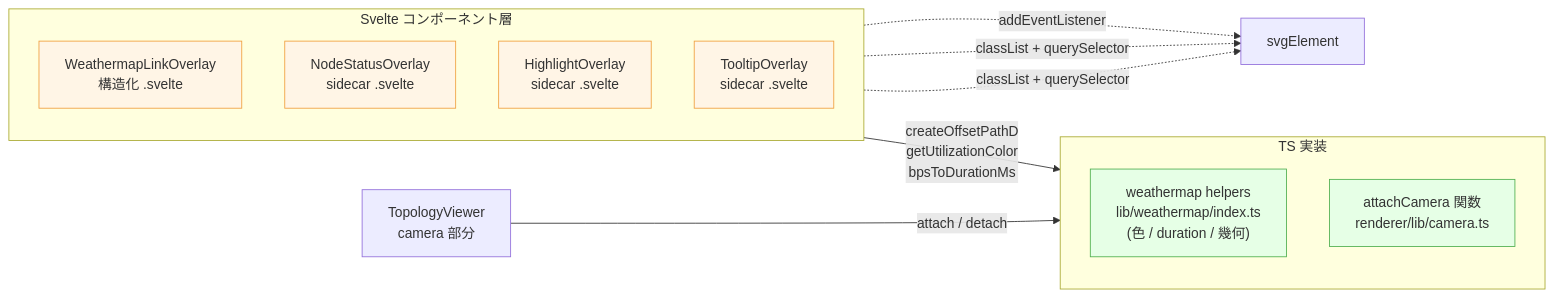
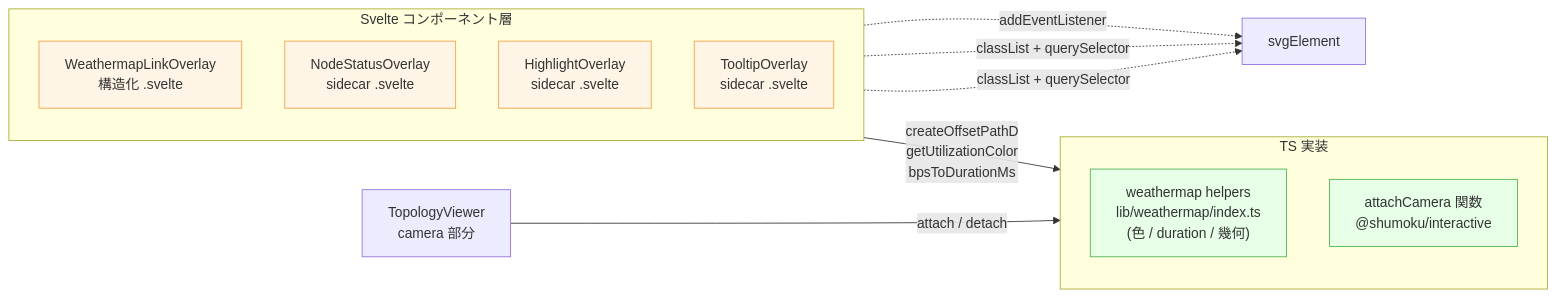
Before and after one commit to konoe-akitoshi/shumoku: the fourth of 6 diagrams in apps/server/docs/topology-rendering.md, drawn with Mermaid. The commit also changed other lines of this file and 16 other files, not shown here.

First line of the commit message:
refactor: extract camera into @shumoku/interactive (browser sidecars)

````diff
--- a/apps/server/docs/topology-rendering.md
+++ b/apps/server/docs/topology-rendering.md
@@ -430,27 +435,27 @@
 ```mermaid
 flowchart LR
   subgraph SVELTE["Svelte コンポーネント層"]
     direction TB
     WML["WeathermapLinkOverlay<br/>構造化 .svelte"]
     NSO["NodeStatusOverlay<br/>sidecar .svelte"]
     HLO["HighlightOverlay<br/>sidecar .svelte"]
     TTO["TooltipOverlay<br/>sidecar .svelte"]
   end
 
   subgraph HELPERS["TS 実装"]
     direction TB
     WMG["weathermap helpers<br/>lib/weathermap/index.ts<br/>(色 / duration / 幾何)"]
-    CAM["attachCamera 関数<br/>renderer/lib/camera.ts"]
+    CAM["attachCamera 関数<br/>@shumoku/interactive"]
   end
 
   WML -->|createOffsetPathD<br/>getUtilizationColor<br/>bpsToDurationMs| WMG
   TTO -. addEventListener .-> SVG[svgElement]
   HLO -. classList + querySelector .-> SVG
   NSO -. classList + querySelector .-> SVG
   TVCAM[TopologyViewer<br/>camera 部分] -->|attach / detach| CAM
 
   classDef svelte fill:#fff5e6,stroke:#f0a040
   classDef ts fill:#e6ffe6,stroke:#50b050
   class WML,NSO,HLO,TTO svelte
   class WMG,CAM ts
 ```
````
